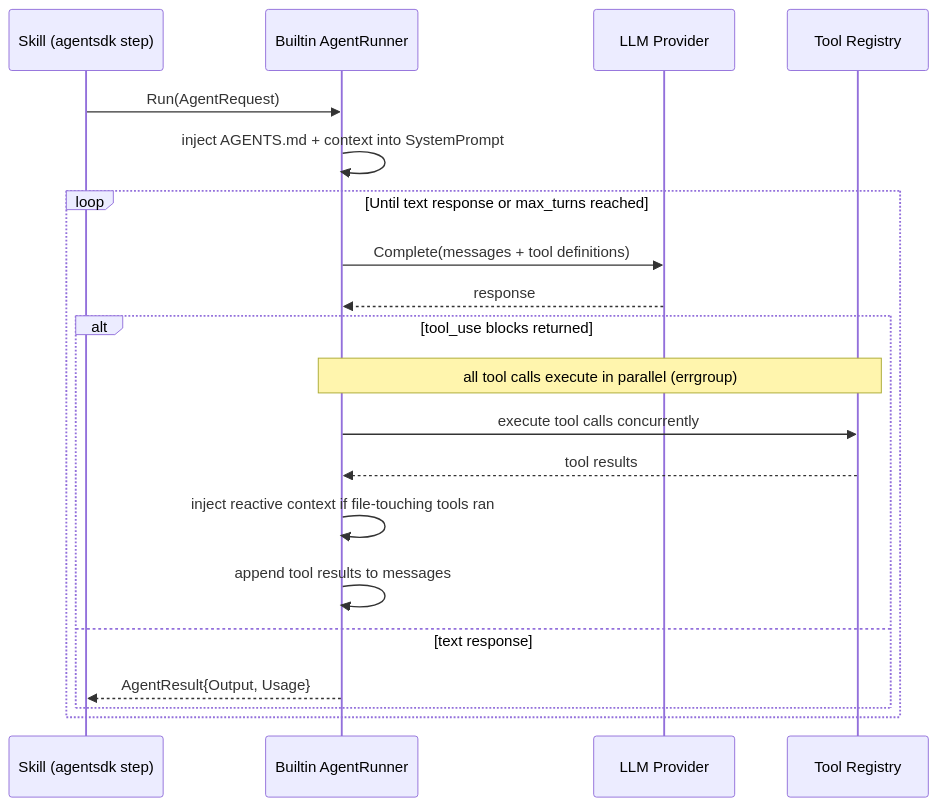
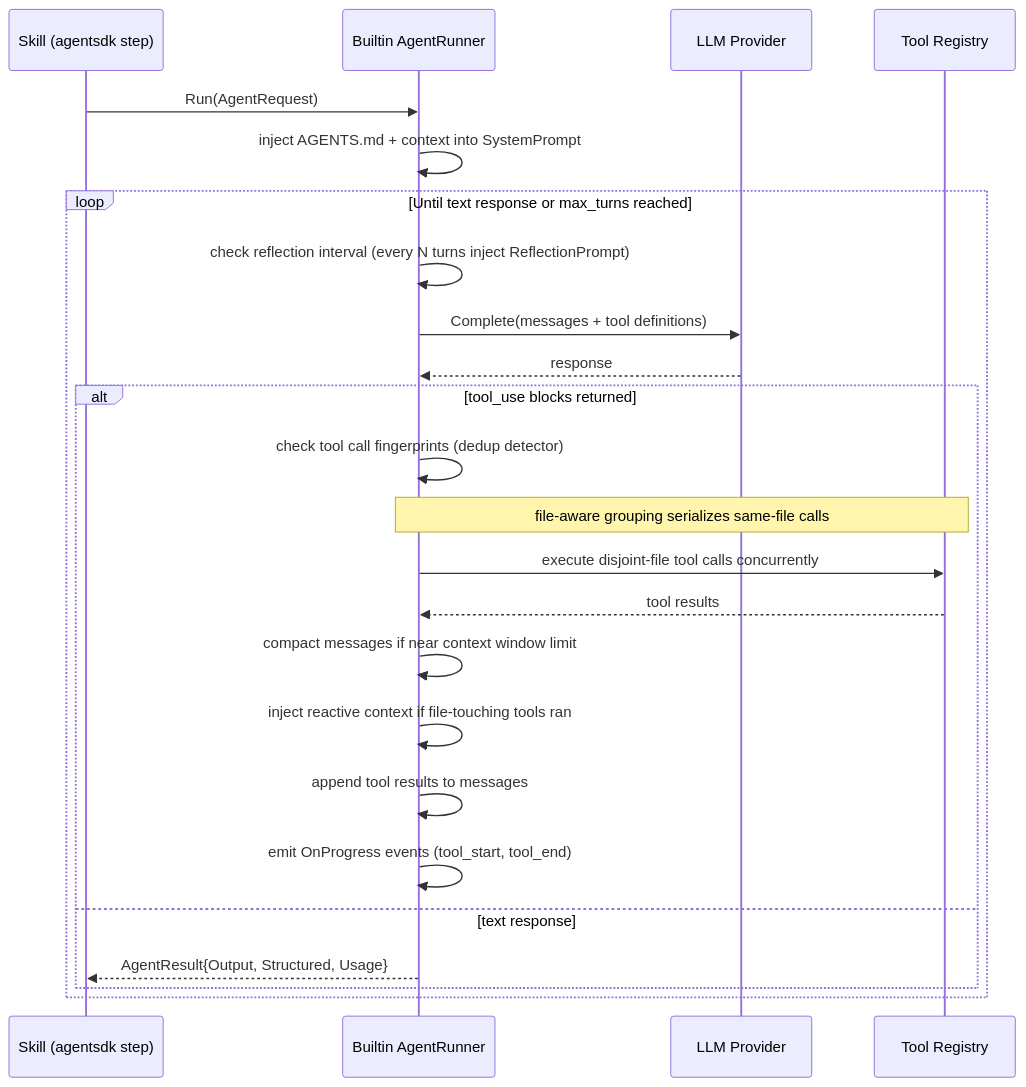
One commit to canhta/foreman changed the first of 2 diagrams in docs/agent-runner.md. Above: the diagram before and after it, drawn with Mermaid. The commit also changed other lines of this file and 5 other files, not shown here.

First line of the commit message:
feat: Enhance pipeline architecture with request-level tracing and plan confidence scoring

````diff
--- a/docs/agent-runner.md
+++ b/docs/agent-runner.md
@@ -66,25 +87,29 @@
 ```mermaid
 sequenceDiagram
     participant Skill as Skill (agentsdk step)
     participant Runner as Builtin AgentRunner
     participant LLM as LLM Provider
     participant Tools as Tool Registry
 
     Skill->>Runner: Run(AgentRequest)
     Runner->>Runner: inject AGENTS.md + context into SystemPrompt
 
     loop Until text response or max_turns reached
+        Runner->>Runner: check reflection interval (every N turns inject ReflectionPrompt)
         Runner->>LLM: Complete(messages + tool definitions)
         LLM-->>Runner: response
 
         alt tool_use blocks returned
-            Note over Runner,Tools: all tool calls execute in parallel (errgroup)
-            Runner->>Tools: execute tool calls concurrently
+            Runner->>Runner: check tool call fingerprints (dedup detector)
+            Note over Runner,Tools: file-aware grouping serializes same-file calls
+            Runner->>Tools: execute disjoint-file tool calls concurrently
             Tools-->>Runner: tool results
+            Runner->>Runner: compact messages if near context window limit
             Runner->>Runner: inject reactive context if file-touching tools ran
             Runner->>Runner: append tool results to messages
+            Runner->>Runner: emit OnProgress events (tool_start, tool_end)
         else text response
-            Runner-->>Skill: AgentResult{Output, Usage}
+            Runner-->>Skill: AgentResult{Output, Structured, Usage}
         end
     end
 ```
````
